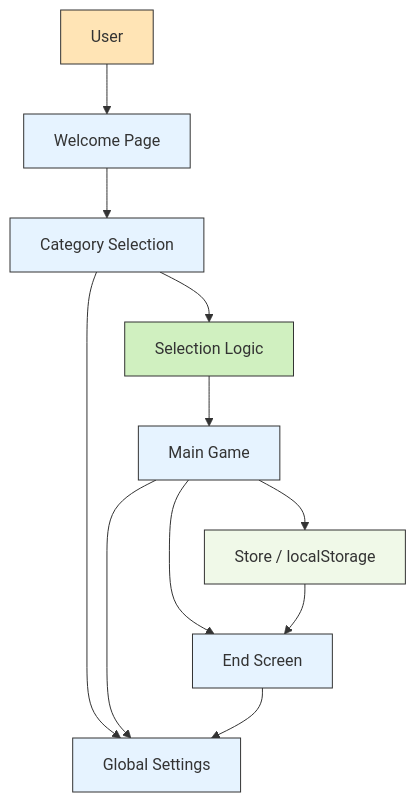
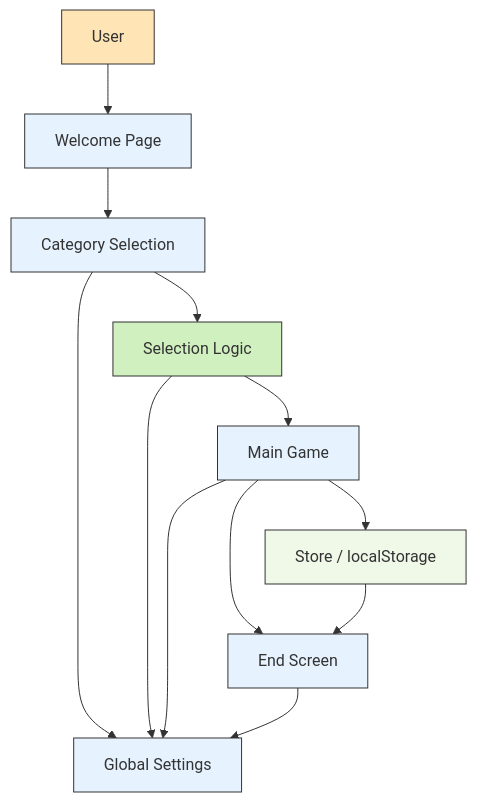
One commit to uu-semp/swedish-learning-app-2025 changed the diagram in team08/README.md. Above: the diagram before and after it, drawn with Mermaid.

Commit message:
updating readme file

````diff
--- a/team08/README.md
+++ b/team08/README.md
@@ -42,22 +42,23 @@
 ```mermaid
 graph TD
     A[User] --> B[Welcome Page]
     B --> C[Category Selection]
     C --> D[Selection Logic]
     D --> E[Main Game]
     E --> F[Store / localStorage]
     E --> G[End Screen]
     C --> H[Global Settings]
+    D --> H
     E --> H
     G --> H
     F --> G
 
     style A fill:#ffe4b5,stroke:#333
     style B fill:#e6f3ff,stroke:#333
     style C fill:#e6f3ff,stroke:#333
     style E fill:#e6f3ff,stroke:#333
     style G fill:#e6f3ff,stroke:#333
     style H fill:#e6f3ff,stroke:#333
     style D fill:#d0f0c0,stroke:#333
     style F fill:#f0f9e8,stroke:#333
 ```
````
